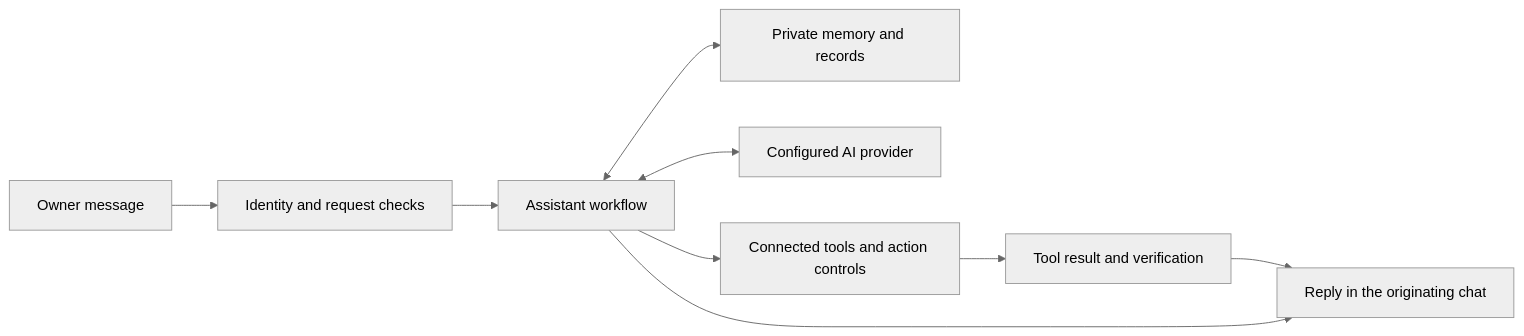
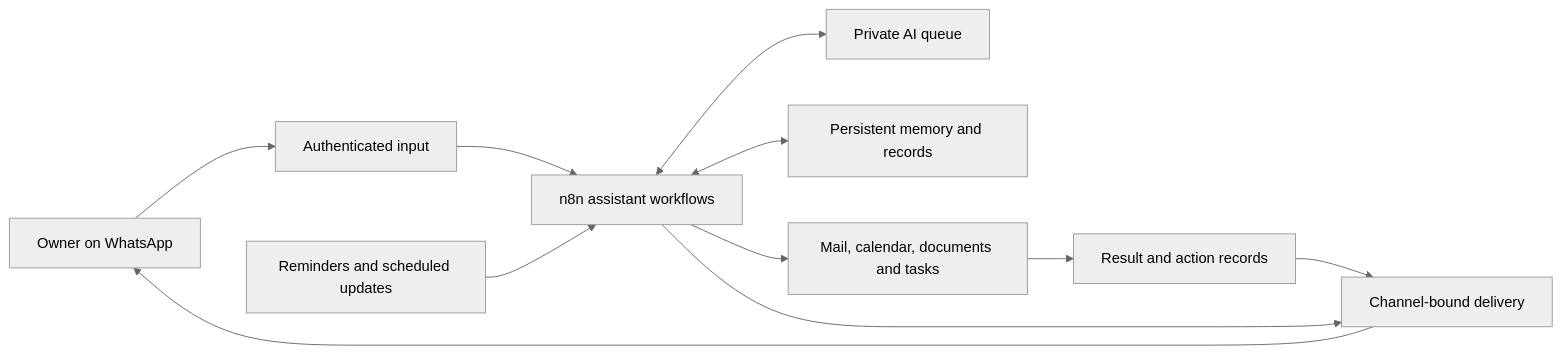
Before and after one commit to KSAGlory/Prometheus: the diagram in README.md, drawn with Mermaid (neutral theme). The commit also changed other lines of this file and 4 other files, not shown here.

````diff
--- a/README.md
+++ b/README.md
@@ -33,11 +49,13 @@
 ```mermaid
 flowchart LR
-    Owner[Owner message] --> Guard[Identity and request checks]
-    Guard --> Assistant[Assistant workflow]
-    Assistant <--> Memory[Private memory and records]
-    Assistant <--> AI[Configured AI provider]
-    Assistant --> Tools[Connected tools and action controls]
-    Tools --> Result[Tool result and verification]
-    Result --> Reply[Reply in the originating chat]
-    Assistant --> Reply
+    Owner[Owner on WhatsApp] --> Input[Authenticated input]
+    Input --> Workflow[n8n assistant workflows]
+    Workflow <--> AI[Private AI queue]
+    Workflow <--> Memory[Persistent memory and records]
+    Workflow --> Tools[Mail, calendar, documents and tasks]
+    Tools --> Verify[Result and action records]
+    Verify --> Delivery[Channel-bound delivery]
+    Workflow --> Delivery
+    Schedules[Reminders and scheduled updates] --> Workflow
+    Delivery --> Owner
 ```
````
